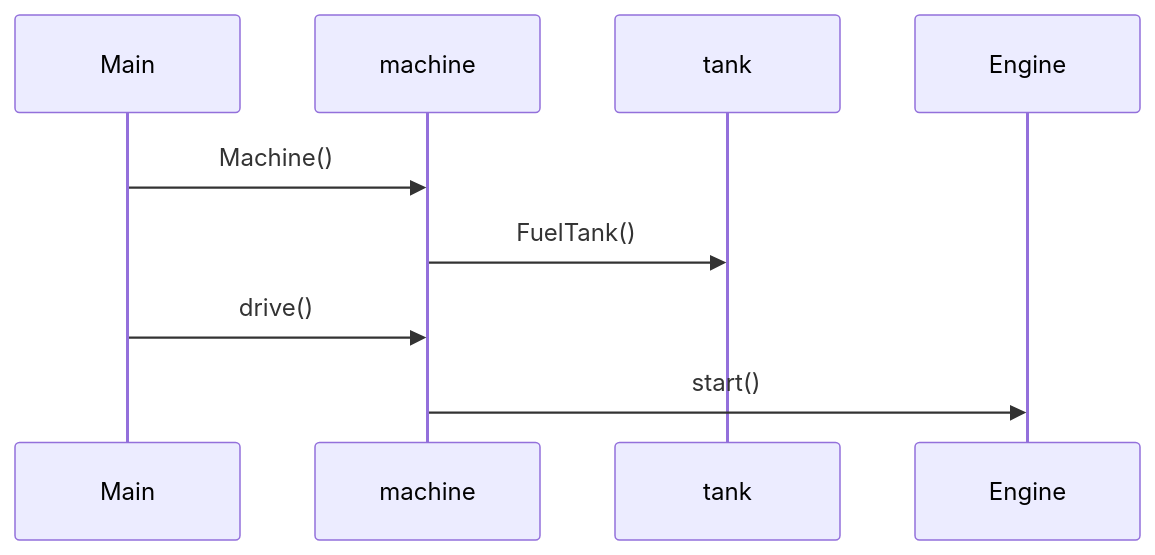
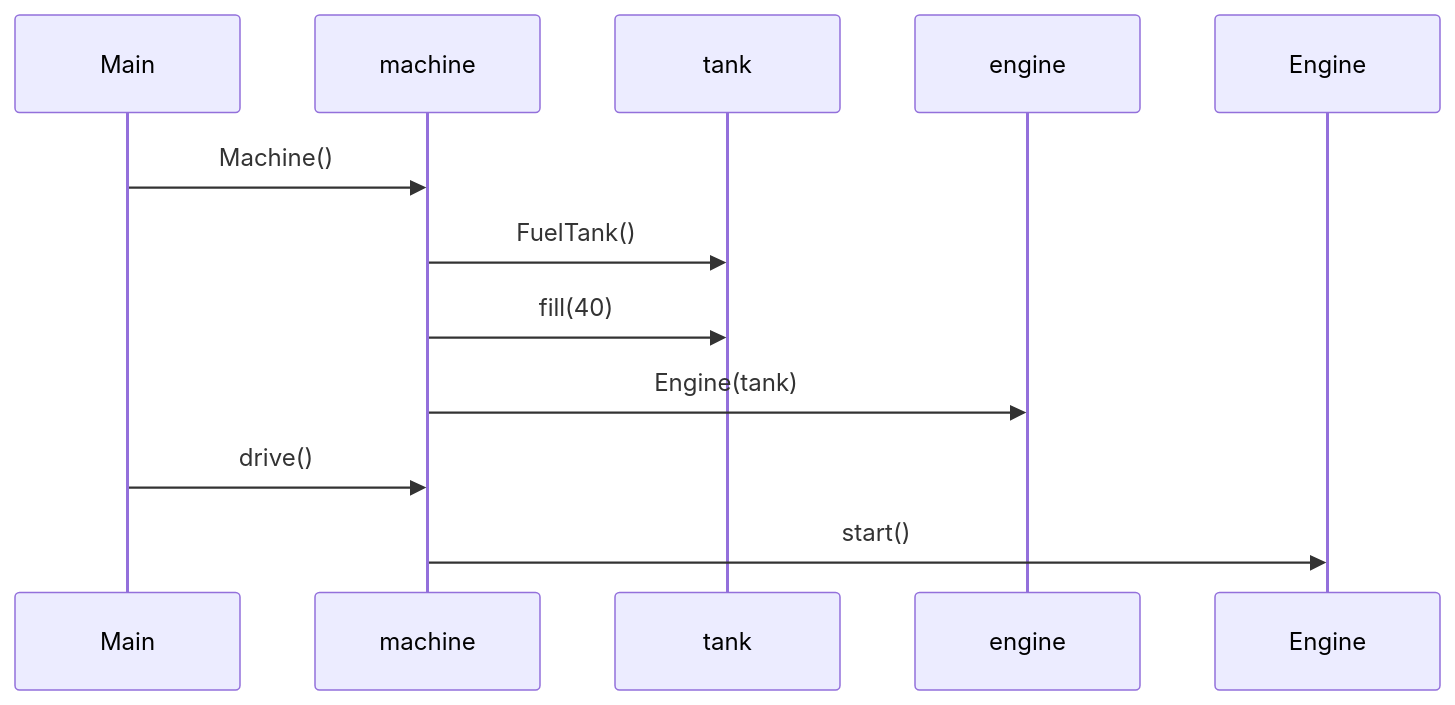
One commit to sohvip/ot-harjoitustyo changed the diagram in laskarit/viikko3/sekvenssikaavio.md. Above: the diagram before and after it, drawn with Mermaid.

````diff
--- a/laskarit/viikko3/sekvenssikaavio.md
+++ b/laskarit/viikko3/sekvenssikaavio.md
@@ -1,11 +1,13 @@
 ```mermaid
   sequenceDiagram
       participant Main
       participant machine
       participant tank
-      participant Engine
+      participant engine
       Main ->> machine: Machine()
       machine ->> tank: FuelTank()
+      machine ->> tank: fill(40)
+      machine ->> engine: Engine(tank)
       Main ->> machine: drive()
       machine ->> Engine: start()
 ```
````
